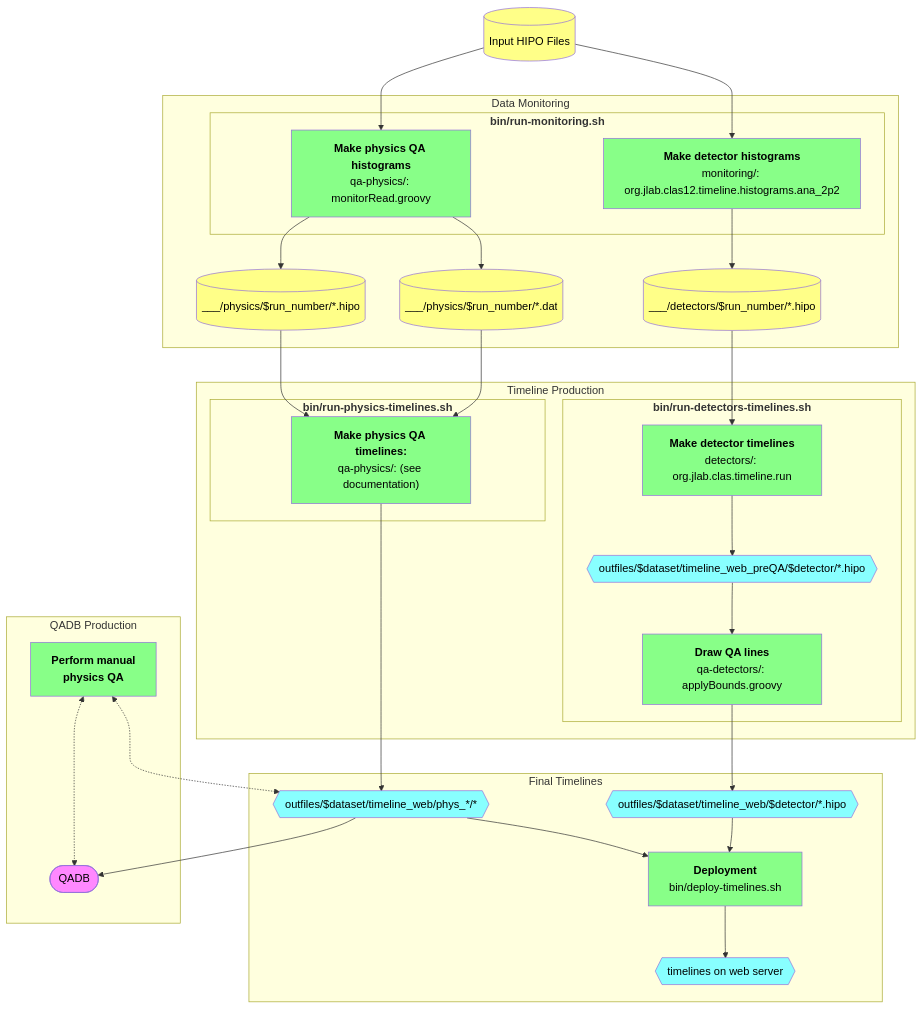
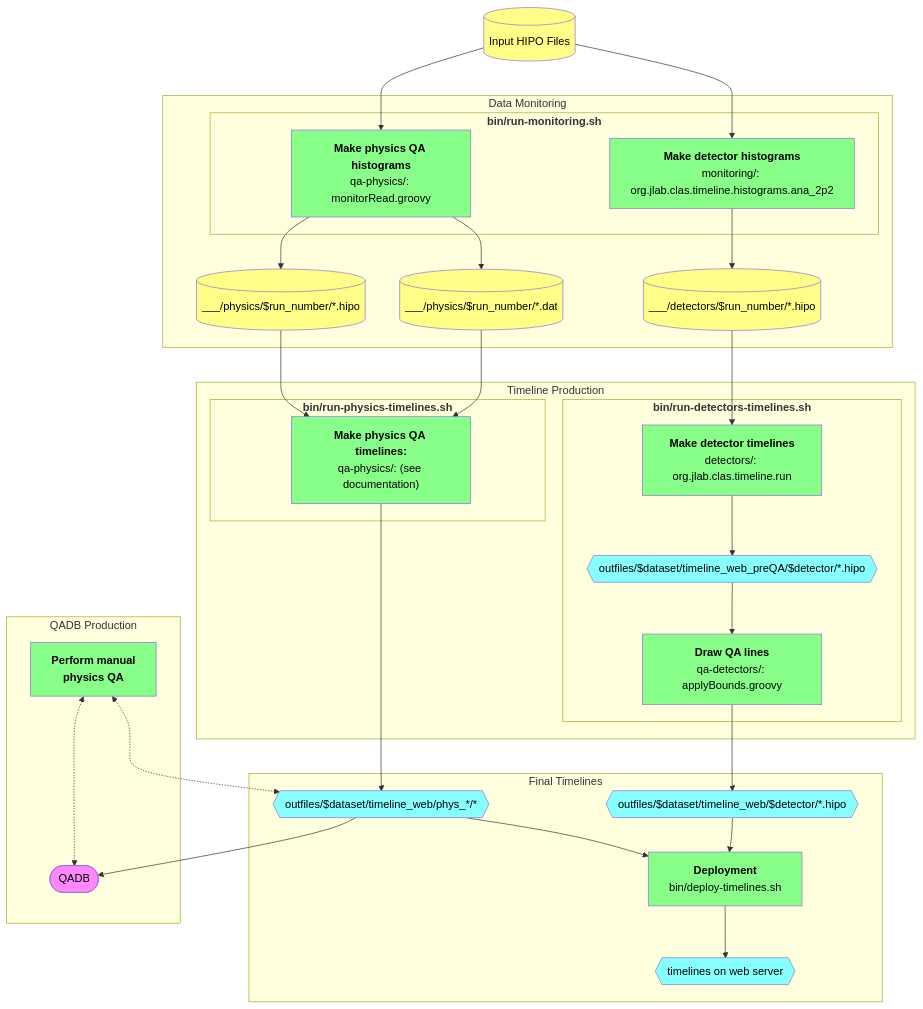
Before and after one commit to JeffersonLab/clas12-timeline: the diagram in doc/dev_notes.md, drawn with Mermaid. The commit also changed 16 other files, not shown here.

Commit message:
fix: package name is `clas.timeline`, not `clas12.timeline`

````diff
--- a/doc/dev_notes.md
+++ b/doc/dev_notes.md
@@ -4,57 +4,57 @@
 ```mermaid
 flowchart TB
 
     classDef proc     fill:#8f8,color:black
     classDef data     fill:#ff8,color:black
     classDef misc     fill:#f8f,color:black
     classDef timeline fill:#8ff,color:black
 
     dst[(Input HIPO Files)]:::data
 
     subgraph Data Monitoring
         subgraph "<strong>bin/run-monitoring.sh</strong>"
-            monitorDetectors["<strong>Make detector histograms</strong><br/>monitoring/: org.jlab.clas12.timeline.histograms.ana_2p2"]:::proc
+            monitorDetectors["<strong>Make detector histograms</strong><br/>monitoring/: org.jlab.clas.timeline.histograms.ana_2p2"]:::proc
             monitorPhysics["<strong>Make physics QA histograms</strong><br/>qa-physics/: monitorRead.groovy"]:::proc
         end
         outplots[(___/detectors/$run_number/*.hipo)]:::data
         outdat[(___/physics/$run_number/*.dat)]:::data
         outmon[(___/physics/$run_number/*.hipo)]:::data
     end
     dst --> monitorDetectors
     dst --> monitorPhysics
     monitorDetectors --> outplots
     monitorPhysics   --> outdat
     monitorPhysics   --> outmon
 
     subgraph Timeline Production
         subgraph "<strong>bin/run-detectors-timelines.sh</strong>"
             timelineDetectorsPreQA["<strong>Make detector timelines</strong><br/>detectors/: org.jlab.clas.timeline.run"]:::proc
             outTimelineDetectorsPreQA{{outfiles/$dataset/timeline_web_preQA/$detector/*.hipo}}:::timeline
             timelineDetectors["<strong>Draw QA lines</strong><br/>qa-detectors/: applyBounds.groovy"]:::proc
         end
         subgraph "<strong>bin/run-physics-timelines.sh</strong>"
             timelinePhysics["<strong>Make physics QA timelines:</strong><br/>qa-physics/: (see documentation)"]:::proc
         end
     end
     subgraph Final Timelines
         outTimelinePhysics{{outfiles/$dataset/timeline_web/phys_*/*}}:::timeline
         outTimelineDetectors{{outfiles/$dataset/timeline_web/$detector/*.hipo}}:::timeline
         deploy["<strong>Deployment</strong><br/>bin/deploy-timelines.sh"]:::proc
         timelineDir{{timelines on web server}}:::timeline
     end
     outplots --> timelineDetectorsPreQA --> outTimelineDetectorsPreQA --> timelineDetectors --> outTimelineDetectors
     outdat   --> timelinePhysics
     outmon   --> timelinePhysics
     timelinePhysics --> outTimelinePhysics
     outTimelineDetectors --> deploy
     outTimelinePhysics   --> deploy
     deploy --> timelineDir
 
     subgraph QADB Production
         qadb([QADB]):::misc
         manualQA[<strong>Perform manual<br/>physics QA</strong>]:::proc
     end
     outTimelinePhysics   --> qadb
     manualQA <-.-> outTimelinePhysics
     manualQA <-.-> qadb
 ```
````
